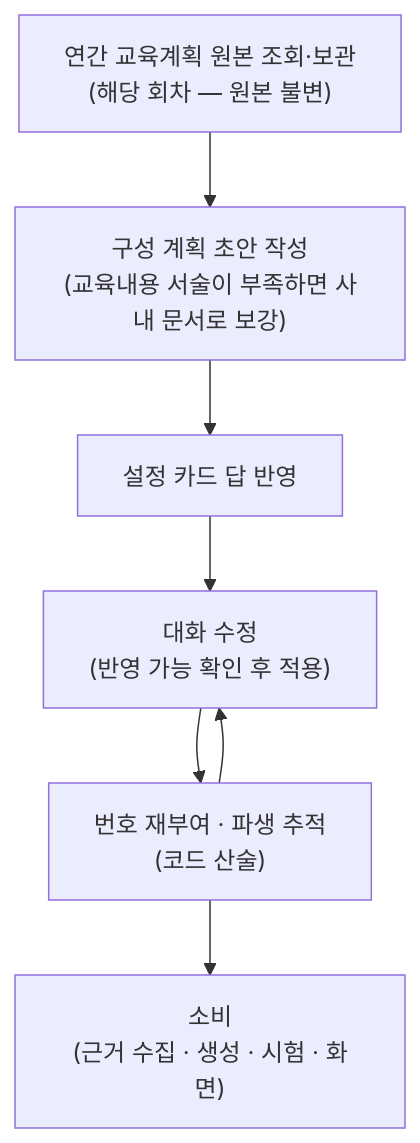
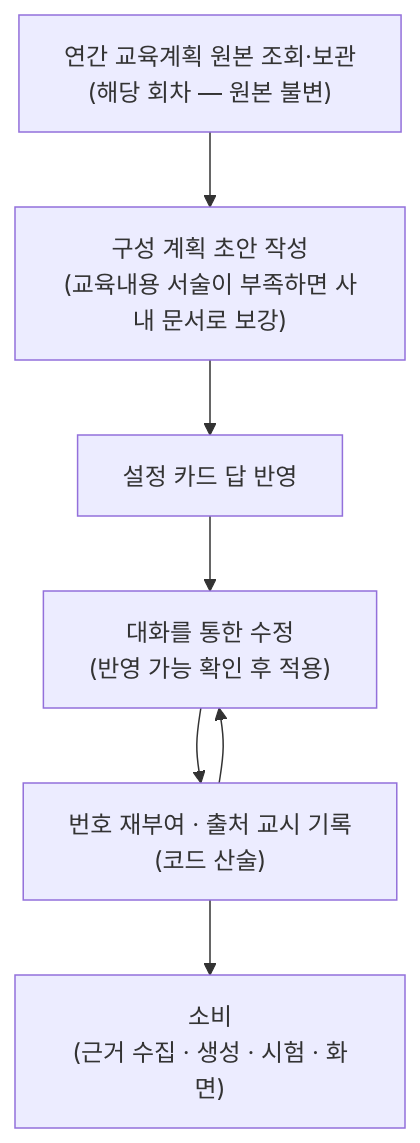
The diagram in docs/edu-material/syllabus.md (Doc-AI-Agent-development/Doc-AI-Agent-development.github.io), drawn with Mermaid before and after one commit. The commit also changed other lines of this file and 6 other files, not shown here.

````diff
--- a/docs/edu-material/syllabus.md
+++ b/docs/edu-material/syllabus.md
@@ -29,9 +107,9 @@
 ```mermaid
 flowchart TD
   A["연간 교육계획 원본 조회·보관<br/>(해당 회차 — 원본 불변)"] --> B["구성 계획 초안 작성<br/>(교육내용 서술이 부족하면 사내 문서로 보강)"]
   B --> C["설정 카드 답 반영"]
-  C --> D["대화 수정<br/>(반영 가능 확인 후 적용)"]
-  D --> E["번호 재부여 · 파생 추적<br/>(코드 산술)"]
+  C --> D["대화를 통한 수정<br/>(반영 가능 확인 후 적용)"]
+  D --> E["번호 재부여 · 출처 교시 기록<br/>(코드 산술)"]
   E --> D
   E --> F["소비<br/>(근거 수집 · 생성 · 시험 · 화면)"]
 ```
````
